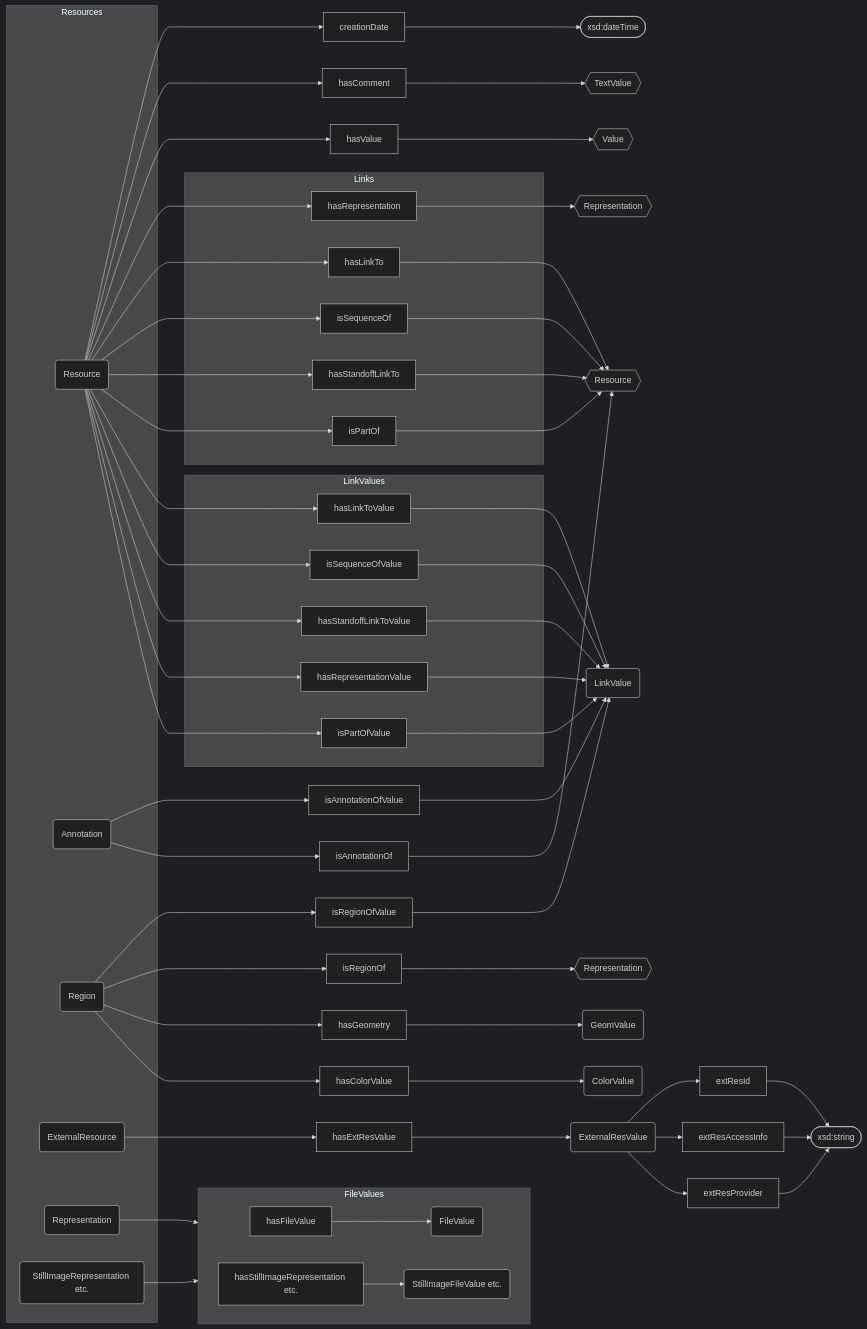
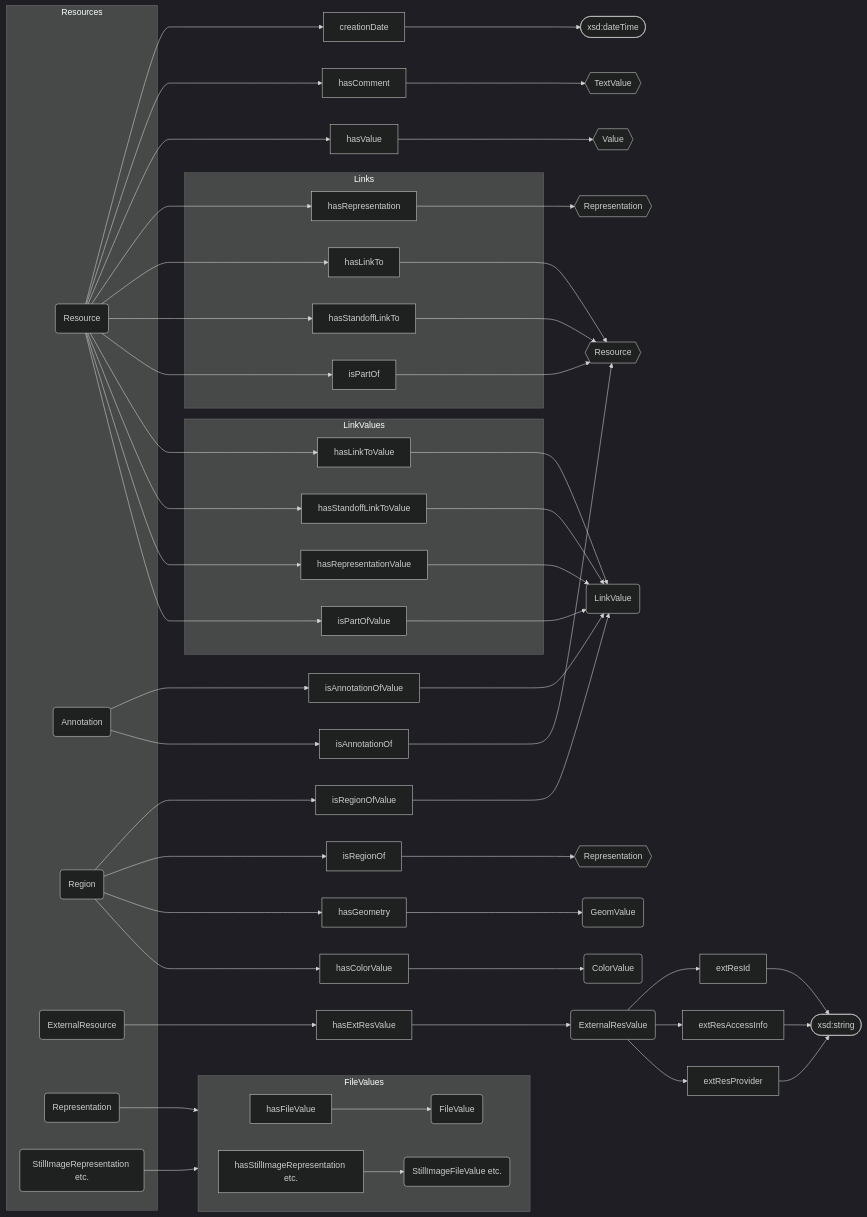
One commit to dasch-swiss/dsp-api changed the eighth of 9 diagrams in docs/05-internals/design/domain/class-and-property-hierarchies.md. Above: the diagram before and after it, drawn with Mermaid (dark theme). The commit also changed other lines of this file and 8 other files, not shown here.

Commit message:
remove more sequence stuff

````diff
--- a/docs/05-internals/design/domain/class-and-property-hierarchies.md
+++ b/docs/05-internals/design/domain/class-and-property-hierarchies.md
@@ -537,81 +534,77 @@
 ```mermaid
 flowchart LR
   LinkValue(LinkValue)
   GeomValue(GeomValue)
   ColorValue(ColorValue)
   ExternalResValue(ExternalResValue)
 
   date([xsd:dateTime])
   string([xsd:string])
   _Representation{{Representation}}
   _Representation2{{Representation}}
   _TextValue{{TextValue}}
   _Value{{Value}}
   _Resource{{Resource}}
 
   subgraph Resources
     Resource(Resource)
     Annotation(Annotation)
     Region(Region)
     ExternalResource(ExternalResource)
     Representation(Representation)
     StillImageRepresentation("StillImageRepresentation etc.")
   end
 
   subgraph Links
     hasRepresentation
     hasLinkTo
-    isSequenceOf
     hasStandoffLinkTo
     isPartOf
   end
 
   subgraph LinkValues
     hasRepresentationValue
     hasLinkToValue
-    isSequenceOfValue
     hasStandoffLinkToValue
     isPartOfValue
   end
 
   subgraph FileValues
     direction LR
     hasFileValue
     FileValue(FileValue)
     hasStillImageRepresentation["hasStillImageRepresentation etc."]
     StillImageFileValue("StillImageFileValue etc.")
   end
 
   Resource --> creationDate --> date
   Resource --> hasComment --> _TextValue
   Resource --> hasValue --> _Value
 
   Resource --> hasRepresentation --> _Representation
 
   Resource --> hasLinkTo --> _Resource
-  Resource --> isSequenceOf --> _Resource
   Resource --> hasStandoffLinkTo --> _Resource
   Resource --> isPartOf --> _Resource
 
   Resource --> hasLinkToValue --> LinkValue
-  Resource --> isSequenceOfValue --> LinkValue
   Resource --> hasStandoffLinkToValue --> LinkValue
   Resource --> hasRepresentationValue --> LinkValue
   Resource --> isPartOfValue --> LinkValue
 
   Annotation --> isAnnotationOfValue --> LinkValue
   Annotation --> isAnnotationOf --> _Resource
 
   Region --> isRegionOfValue --> LinkValue
   Region --> isRegionOf --> _Representation2
   Region --> hasGeometry --> GeomValue
   Region --> hasColorValue --> ColorValue
 
   ExternalResource --> hasExtResValue --> ExternalResValue
   ExternalResValue --> extResId --> string
   ExternalResValue --> extResAccessInfo --> string
   ExternalResValue --> extResProvider --> string
 
   Representation --> hasFileValue --> FileValue
   StillImageRepresentation --> hasStillImageRepresentation --> StillImageFileValue
 ```
````
